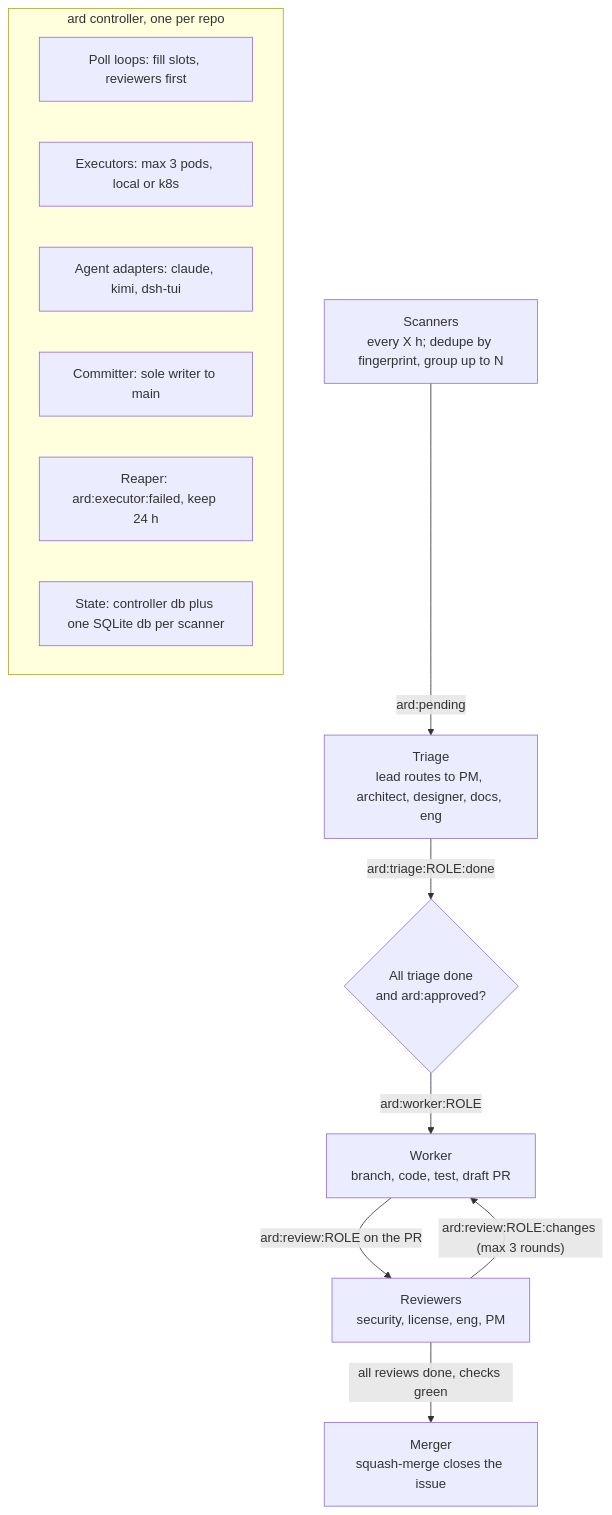
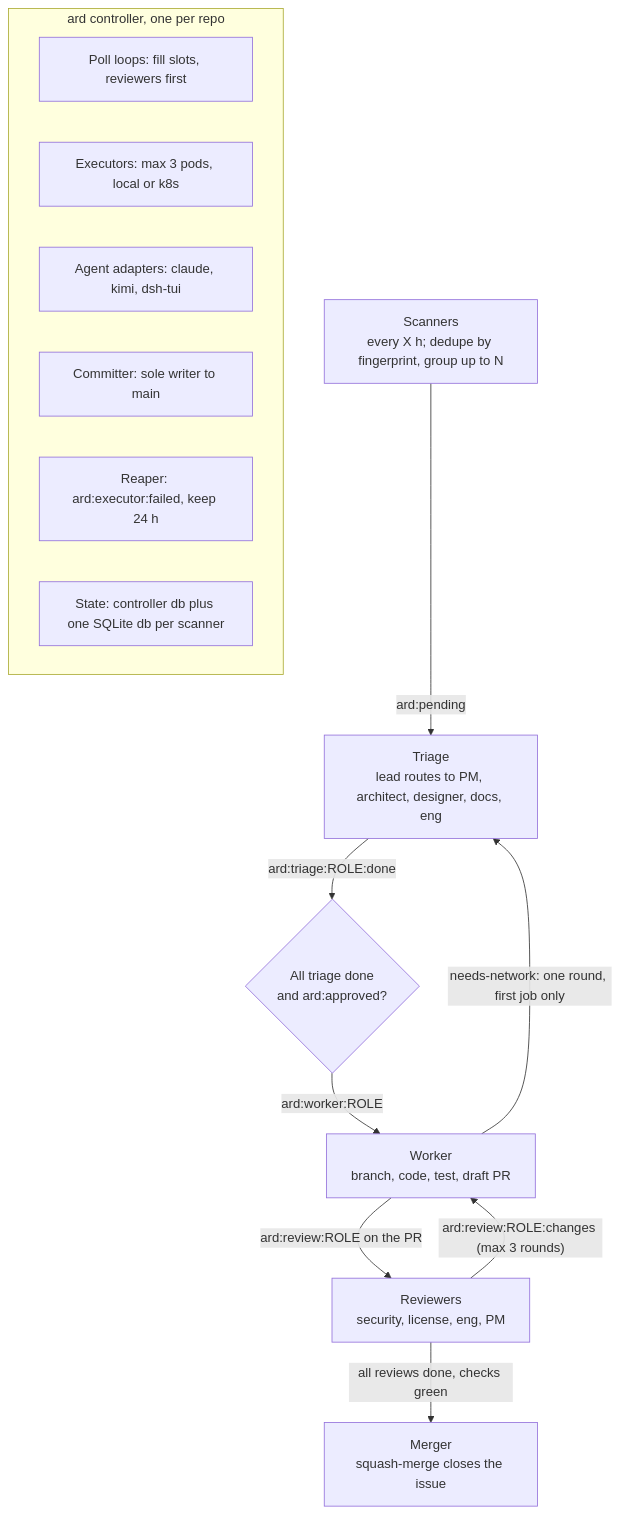
Before and after one commit to albertcbrown/ard: the first of 3 diagrams in docs/proposal.md, drawn with Mermaid. The commit also changed other lines of this file and 13 other files, not shown here.

````diff
--- a/docs/proposal.md
+++ b/docs/proposal.md
@@ -24,17 +24,18 @@
 ```mermaid
 flowchart TD
     S["Scanners<br/>every X h; dedupe by fingerprint, group up to N"] -->|ard:pending| T["Triage<br/>lead routes to PM, architect, designer, docs, eng"]
     T -->|"ard:triage:ROLE:done"| G{"All triage done<br/>and ard:approved?"}
     G -->|"ard:worker:ROLE"| W["Worker<br/>branch, code, test, draft PR"]
     W -->|"ard:review:ROLE on the PR"| R["Reviewers<br/>security, license, eng, PM"]
     R -->|"ard:review:ROLE:changes (max 3 rounds)"| W
+    W -->|"needs-network: one round, first job only"| T
     R -->|"all reviews done, checks green"| M["Merger<br/>squash-merge closes the issue"]
     subgraph ctl["ard controller, one per repo"]
         P["Poll loops: fill slots, reviewers first"]
         E["Executors: max 3 pods, local or k8s"]
         A["Agent adapters: claude, kimi, dsh-tui"]
         C["Committer: sole writer to main"]
         X["Reaper: ard:executor:failed, keep 24 h"]
         D["State: controller db plus one SQLite db per scanner"]
     end
 ```
````
